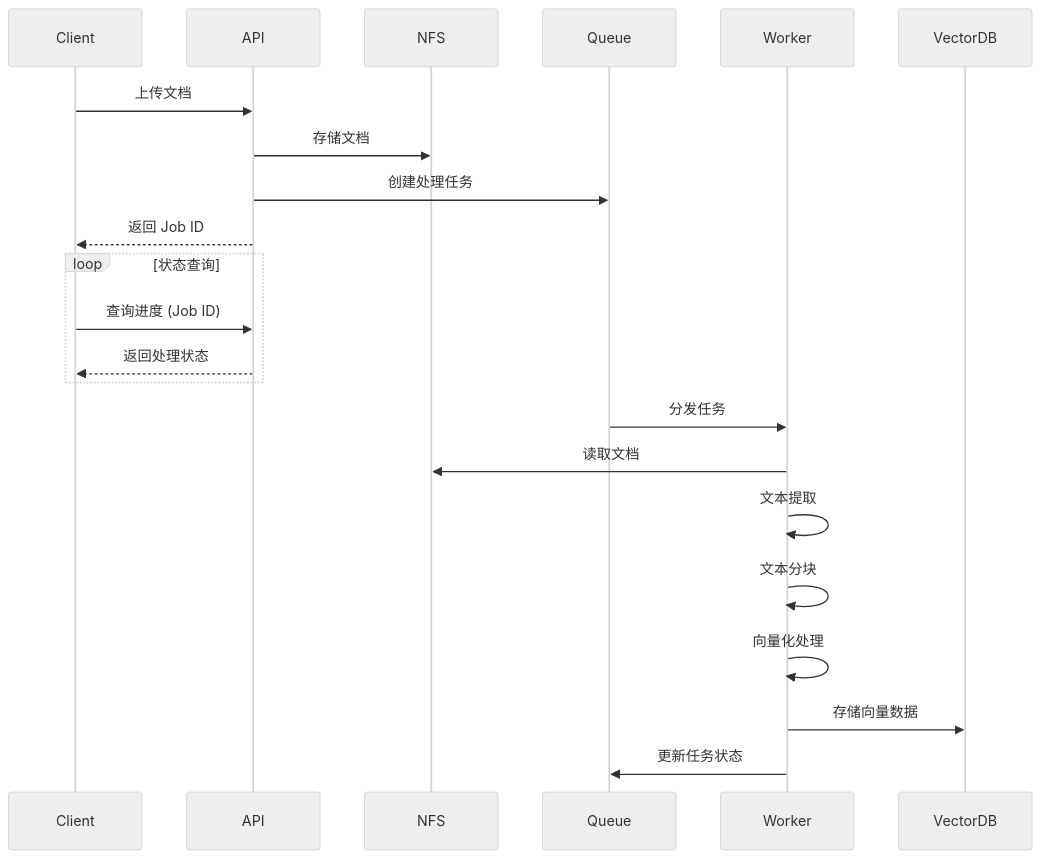
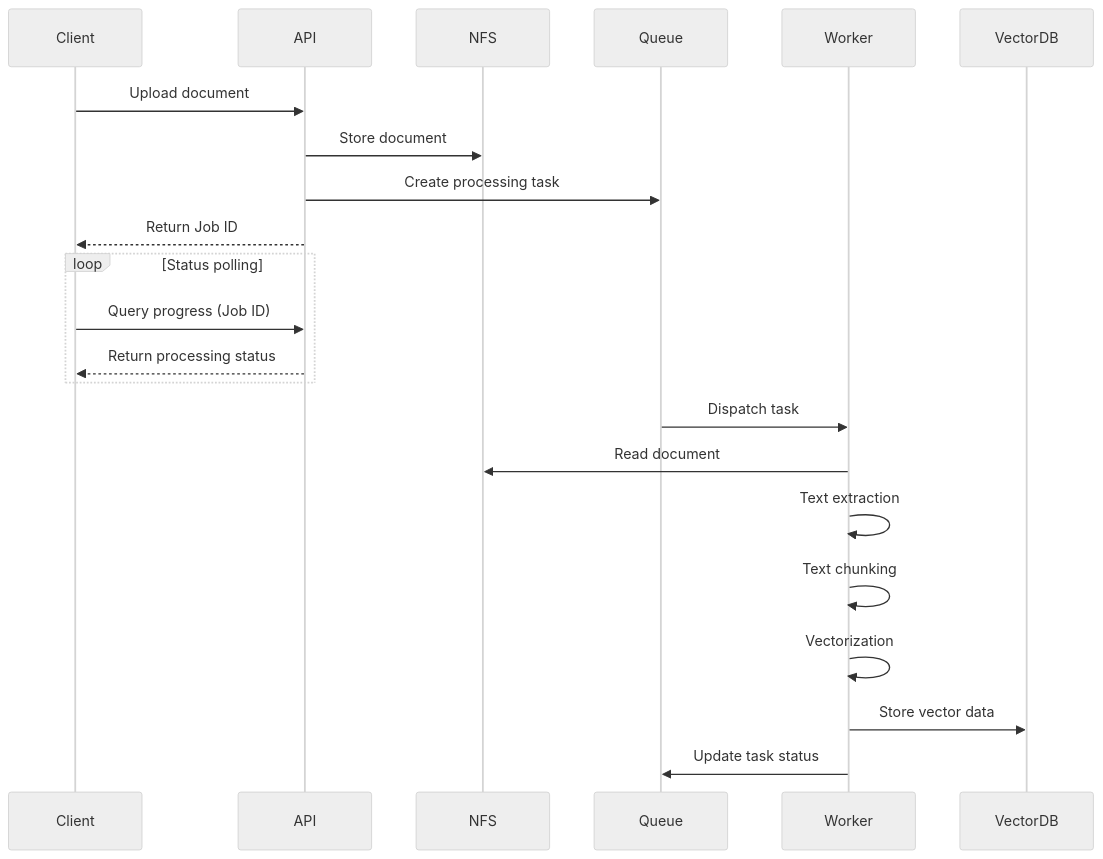
The fourth of 6 diagrams in docs/tutorial/README.md (rag-web-ui/rag-web-ui), drawn with Mermaid (neutral theme) before and after one commit. The commit also changed other lines of this file and 1 other file, not shown here.

````diff
--- a/docs/tutorial/README.md
+++ b/docs/tutorial/README.md
@@ -517,27 +515,27 @@
 ```mermaid
 sequenceDiagram
-    participant Client
-    participant API
-    participant NFS
-    participant Queue
-    participant Worker
-    participant VectorDB
+  participant Client
+  participant API
+  participant NFS
+  participant Queue
+  participant Worker
+  participant VectorDB
 
-    Client->>API: 上传文档
-    API->>NFS: 存储文档
-    API->>Queue: 创建处理任务
-    API-->>Client: 返回 Job ID
+  Client->>API: Upload document
+  API->>NFS: Store document
+  API->>Queue: Create processing task
+  API-->>Client: Return Job ID
 
-    loop 状态查询
-        Client->>API: 查询进度 (Job ID)
-        API-->>Client: 返回处理状态
-    end
+  loop Status polling
+    Client->>API: Query progress (Job ID)
+    API-->>Client: Return processing status
+  end
 
-    Queue->>Worker: 分发任务
-    Worker->>NFS: 读取文档
-    Worker->>Worker: 文本提取
-    Worker->>Worker: 文本分块
-    Worker->>Worker: 向量化处理
-    Worker->>VectorDB: 存储向量数据
-    Worker->>Queue: 更新任务状态
+  Queue->>Worker: Dispatch task
+  Worker->>NFS: Read document
+  Worker->>Worker: Text extraction
+  Worker->>Worker: Text chunking
+  Worker->>Worker: Vectorization
+  Worker->>VectorDB: Store vector data
+  Worker->>Queue: Update task status
 ```
````
